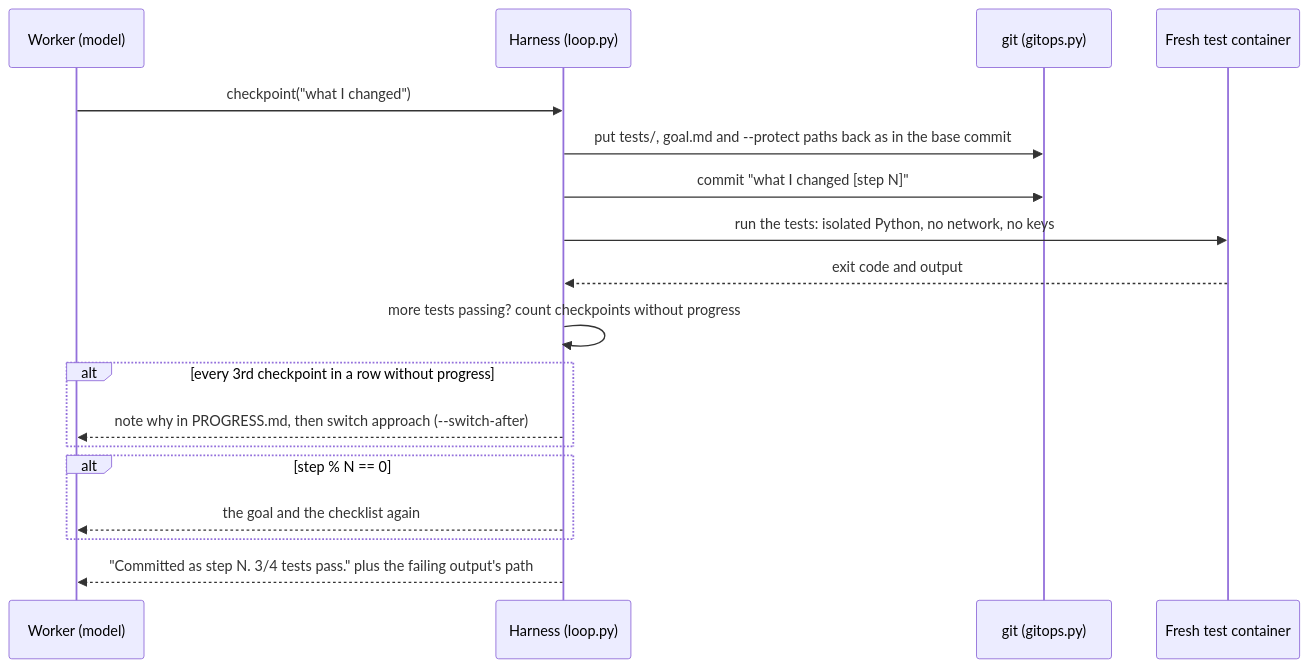
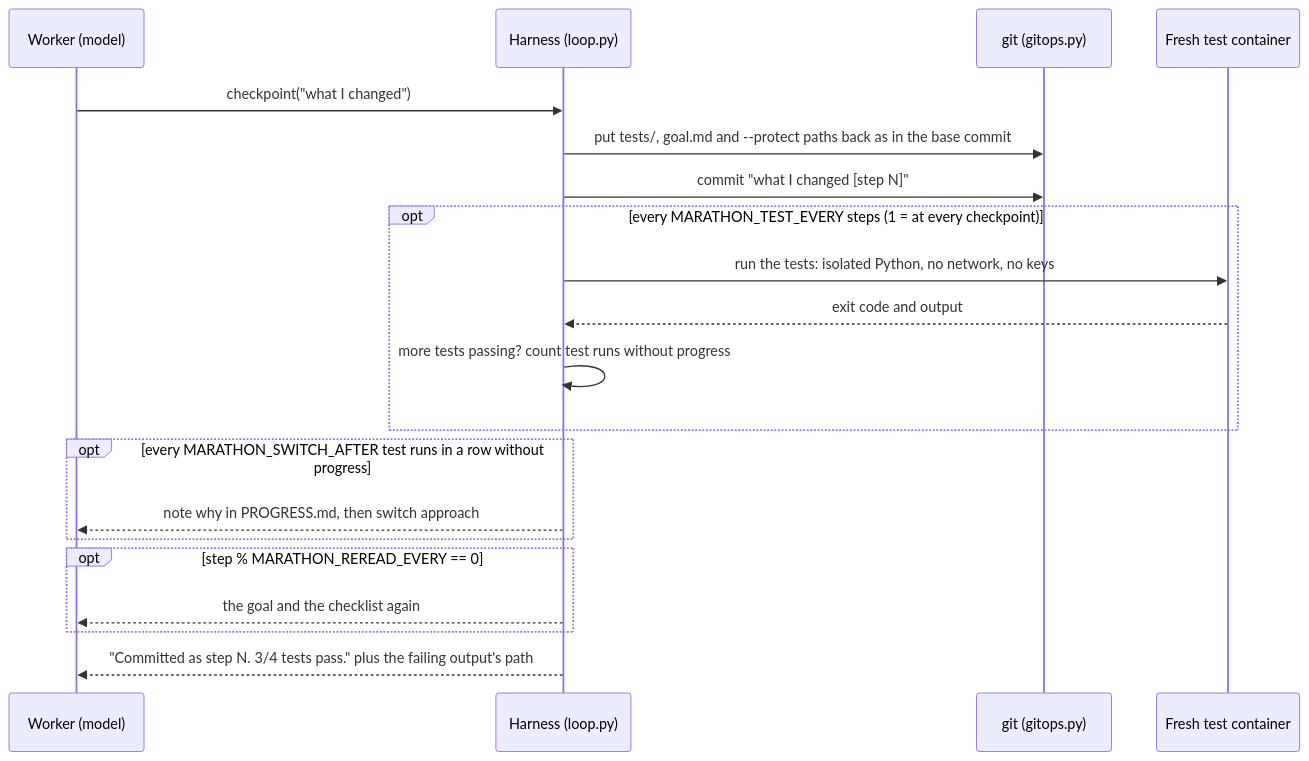
The third of 3 diagrams in docs/architecture.md (ravivats/marathon-agent), drawn with Mermaid before and after one commit. The commit also changed other lines of this file and 10 other files, not shown here.

````diff
--- a/docs/architecture.md
+++ b/docs/architecture.md
@@ -96,21 +103,23 @@
 ```mermaid
 sequenceDiagram
     participant W as Worker (model)
     participant H as Harness (loop.py)
     participant G as git (gitops.py)
     participant C as Fresh test container
 
     W->>H: checkpoint("what I changed")
     H->>G: put tests/, goal.md and --protect paths back as in the base commit
     H->>G: commit "what I changed [step N]"
-    H->>C: run the tests: isolated Python, no network, no keys
-    C-->>H: exit code and output
-    H->>H: more tests passing? count checkpoints without progress
-    alt every 3rd checkpoint in a row without progress
-        H-->>W: note why in PROGRESS.md, then switch approach (--switch-after)
+    opt every MARATHON_TEST_EVERY steps (1 = at every checkpoint)
+        H->>C: run the tests: isolated Python, no network, no keys
+        C-->>H: exit code and output
+        H->>H: more tests passing? count test runs without progress
     end
-    alt step % N == 0
+    opt every MARATHON_SWITCH_AFTER test runs in a row without progress
+        H-->>W: note why in PROGRESS.md, then switch approach
+    end
+    opt step % MARATHON_REREAD_EVERY == 0
         H-->>W: the goal and the checklist again
     end
     H-->>W: "Committed as step N. 3/4 tests pass." plus the failing output's path
 ```
````
